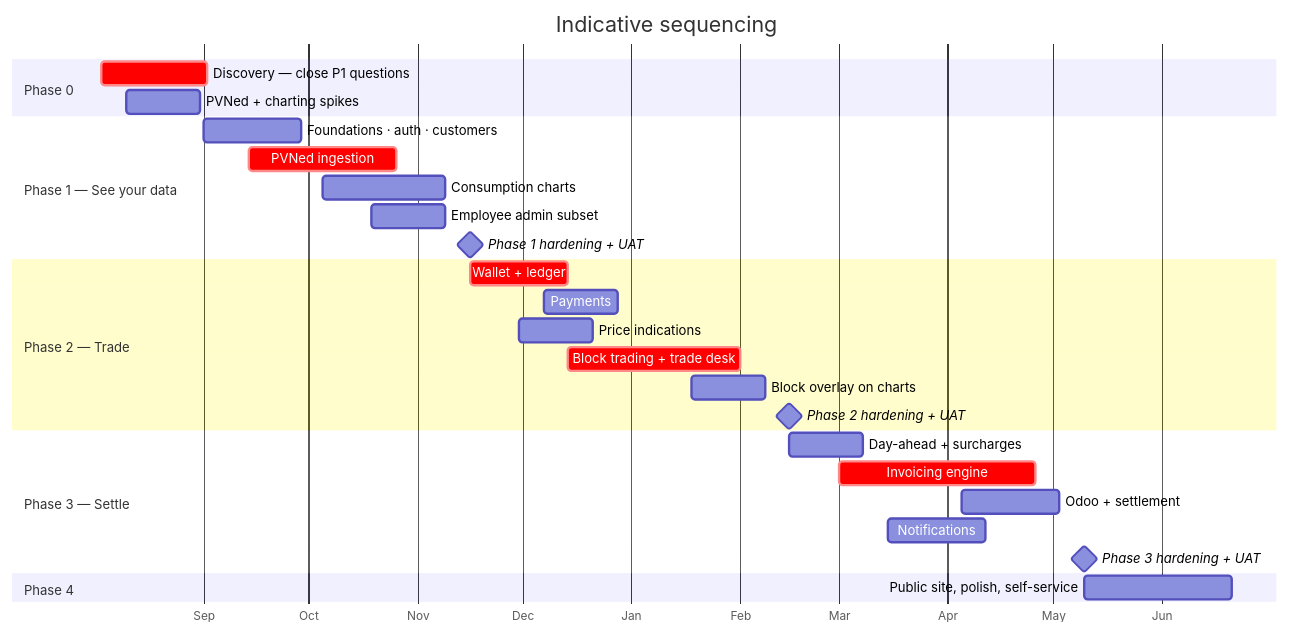
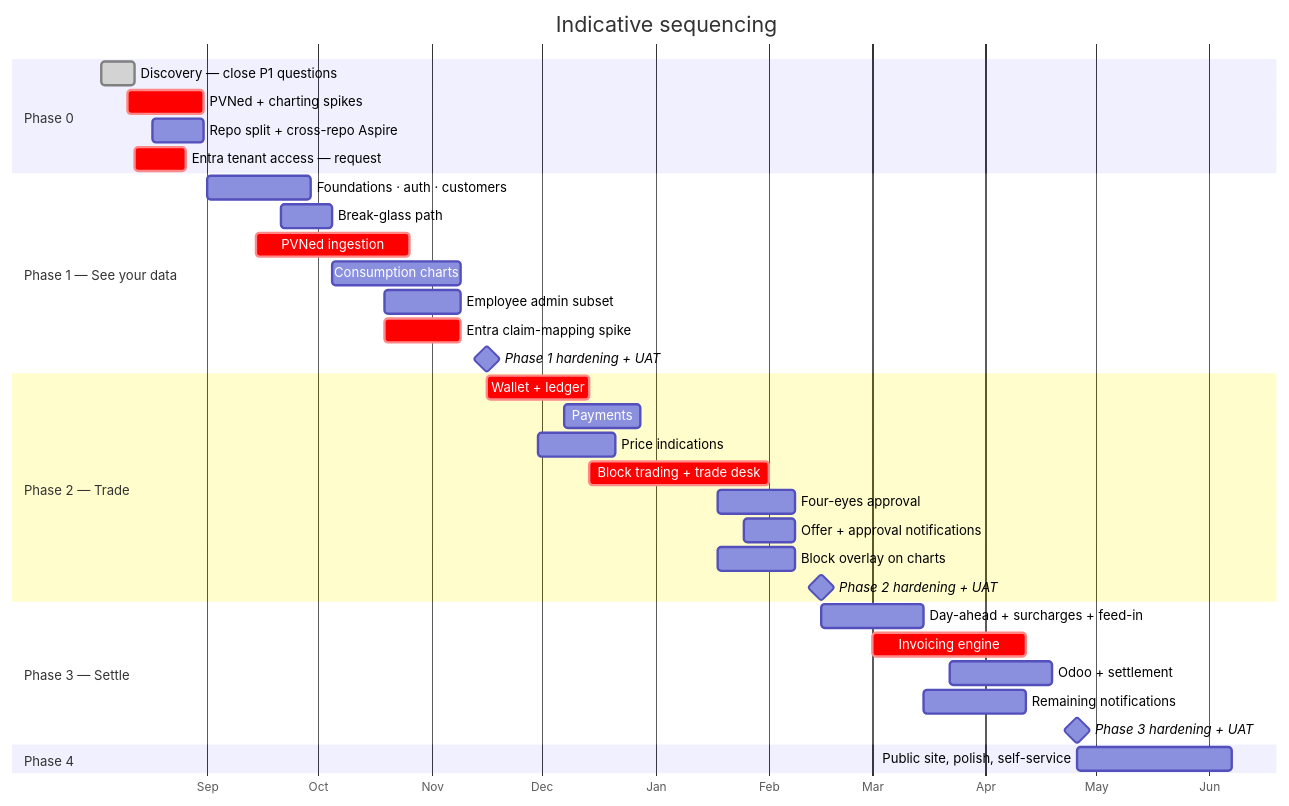
One commit to lukastosic-ifd/peakpowerspecs changed the first of 2 diagrams in specs/70-delivery/01-roadmap-and-phasing.md. Above: the diagram before and after it, drawn with Mermaid. The commit also changed other lines of this file and 43 other files, not shown here.

````diff
--- a/specs/70-delivery/01-roadmap-and-phasing.md
+++ b/specs/70-delivery/01-roadmap-and-phasing.md
@@ -15,35 +49,41 @@
 ```mermaid
 gantt
     title Indicative sequencing
     dateFormat YYYY-MM-DD
     axisFormat %b
 
     section Phase 0
-    Discovery — close P1 questions      :crit, p0, 2026-08-03, 30d
-    PVNed + charting spikes             :p0b, 2026-08-10, 21d
+    Discovery — close P1 questions      :done, p0, 2026-08-03, 9d
+    PVNed + charting spikes             :crit, p0b, 2026-08-10, 21d
+    Repo split + cross-repo Aspire      :p0c, 2026-08-17, 14d
+    Entra tenant access — request       :crit, p0d, 2026-08-12, 14d
 
     section Phase 1 — See your data
     Foundations · auth · customers      :p1a, 2026-09-01, 28d
+    Break-glass path                    :p1e, 2026-09-21, 14d
     PVNed ingestion                     :crit, p1b, 2026-09-14, 42d
     Consumption charts                  :p1c, 2026-10-05, 35d
     Employee admin subset               :p1d, 2026-10-19, 21d
+    Entra claim-mapping spike           :crit, p1f, 2026-10-19, 21d
     Phase 1 hardening + UAT             :milestone, m1, 2026-11-16, 0d
 
     section Phase 2 — Trade
     Wallet + ledger                     :crit, p2a, 2026-11-16, 28d
     Payments                            :p2b, 2026-12-07, 21d
     Price indications                   :p2c, 2026-11-30, 21d
     Block trading + trade desk          :crit, p2d, 2026-12-14, 49d
+    Four-eyes approval                  :p2f, 2027-01-18, 21d
+    Offer + approval notifications      :p2g, 2027-01-25, 14d
     Block overlay on charts             :p2e, 2027-01-18, 21d
     Phase 2 hardening + UAT             :milestone, m2, 2027-02-15, 0d
 
     section Phase 3 — Settle
-    Day-ahead + surcharges              :p3a, 2027-02-15, 21d
-    Invoicing engine                    :crit, p3b, 2027-03-01, 56d
-    Odoo + settlement                   :p3c, 2027-04-05, 28d
-    Notifications                       :p3d, 2027-03-15, 28d
-    Phase 3 hardening + UAT             :milestone, m3, 2027-05-10, 0d
+    Day-ahead + surcharges + feed-in    :p3a, 2027-02-15, 28d
+    Invoicing engine                    :crit, p3b, 2027-03-01, 42d
+    Odoo + settlement                   :p3c, 2027-03-22, 28d
+    Remaining notifications             :p3d, 2027-03-15, 28d
+    Phase 3 hardening + UAT             :milestone, m3, 2027-04-26, 0d
 
     section Phase 4
-    Public site, polish, self-service   :p4, 2027-05-10, 42d
+    Public site, polish, self-service   :p4, 2027-04-26, 42d
 ```
````
